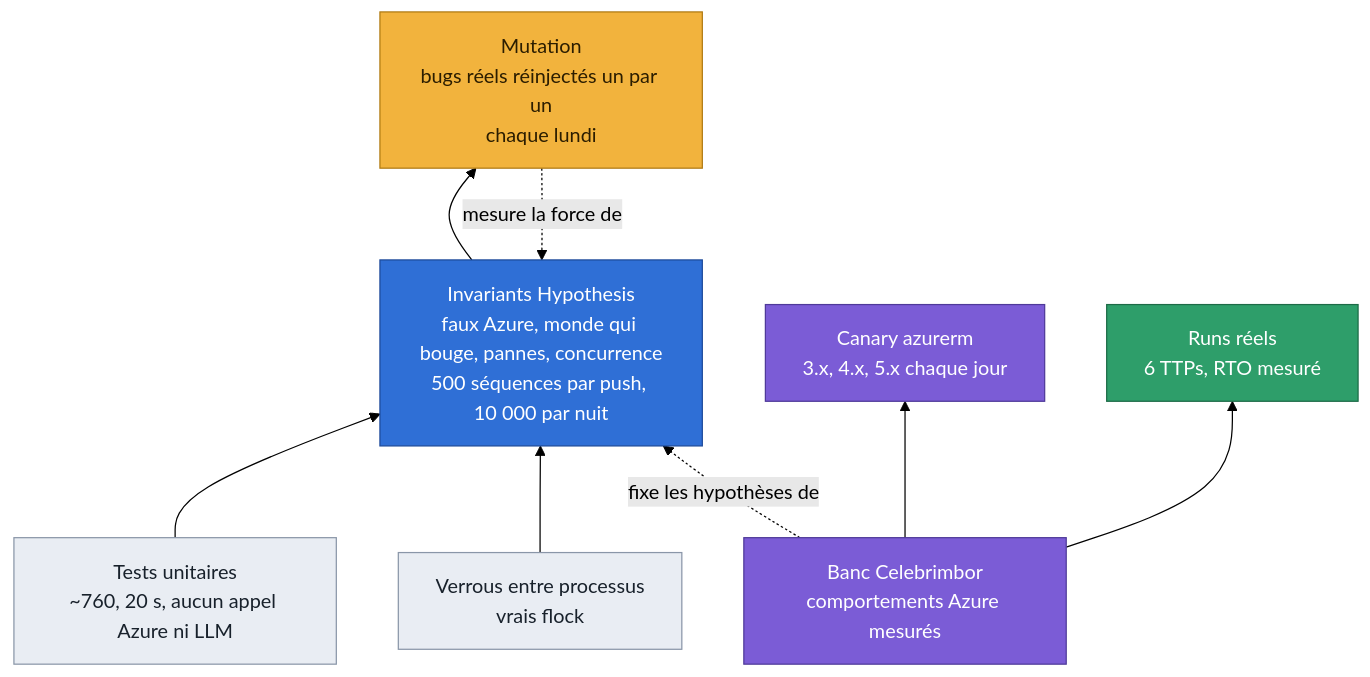
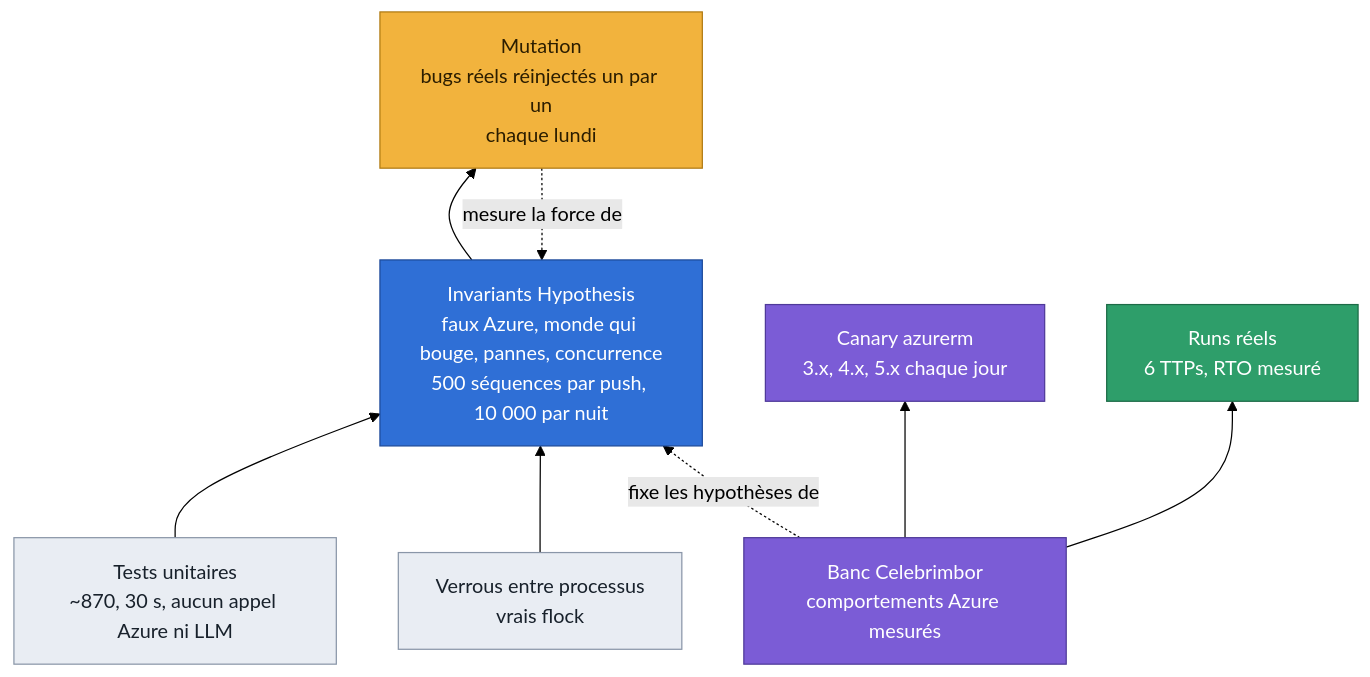
The first of 5 diagrams in docs/design/preuves.md (Vanyar53/eregion), drawn with Mermaid (forest theme) before and after one commit. The commit also changed 4 other files, not shown here.

````diff
--- a/docs/design/preuves.md
+++ b/docs/design/preuves.md
@@ -10,26 +10,26 @@
 ```mermaid
 flowchart BT
-    U["Tests unitaires<br/>~760, 20 s, aucun appel Azure ni LLM"]
+    U["Tests unitaires<br/>~870, 30 s, aucun appel Azure ni LLM"]
     I["Invariants Hypothesis<br/>faux Azure, monde qui bouge, pannes, concurrence<br/>500 séquences par push, 10 000 par nuit"]
     M["Mutation<br/>bugs réels réinjectés un par un<br/>chaque lundi"]
     L["Verrous entre processus<br/>vrais flock"]
     B["Banc Celebrimbor<br/>comportements Azure mesurés"]
     C["Canary azurerm<br/>3.x, 4.x, 5.x chaque jour"]
     R["Runs réels<br/>6 TTPs, RTO mesuré"]
     U --> I --> M
     L --> I
     B --> C
     B --> R
     M -.->|"mesure la force de"| I
     B -.->|"fixe les hypothèses de"| I
     classDef data fill:#e9edf3,stroke:#8a96a8,color:#18212b
     classDef blue fill:#2f6fd6,stroke:#1d4a9a,color:#ffffff
     classDef guard fill:#f2b33d,stroke:#b07a12,color:#2b1d00
     classDef azure fill:#7b5cd6,stroke:#4f3a99,color:#ffffff
     classDef human fill:#2e9e6a,stroke:#1d6b47,color:#ffffff
     class U,L data
     class I blue
     class M guard
     class B,C azure
     class R human
 ```
````
